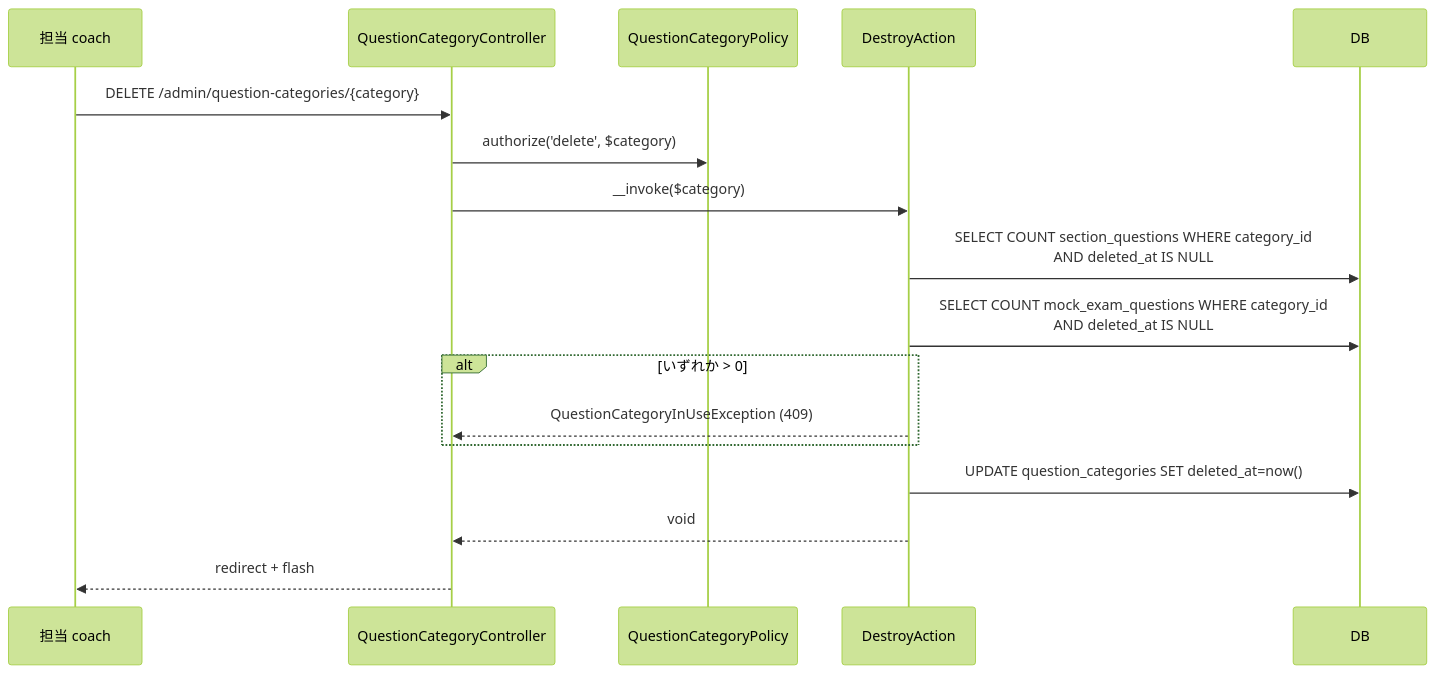
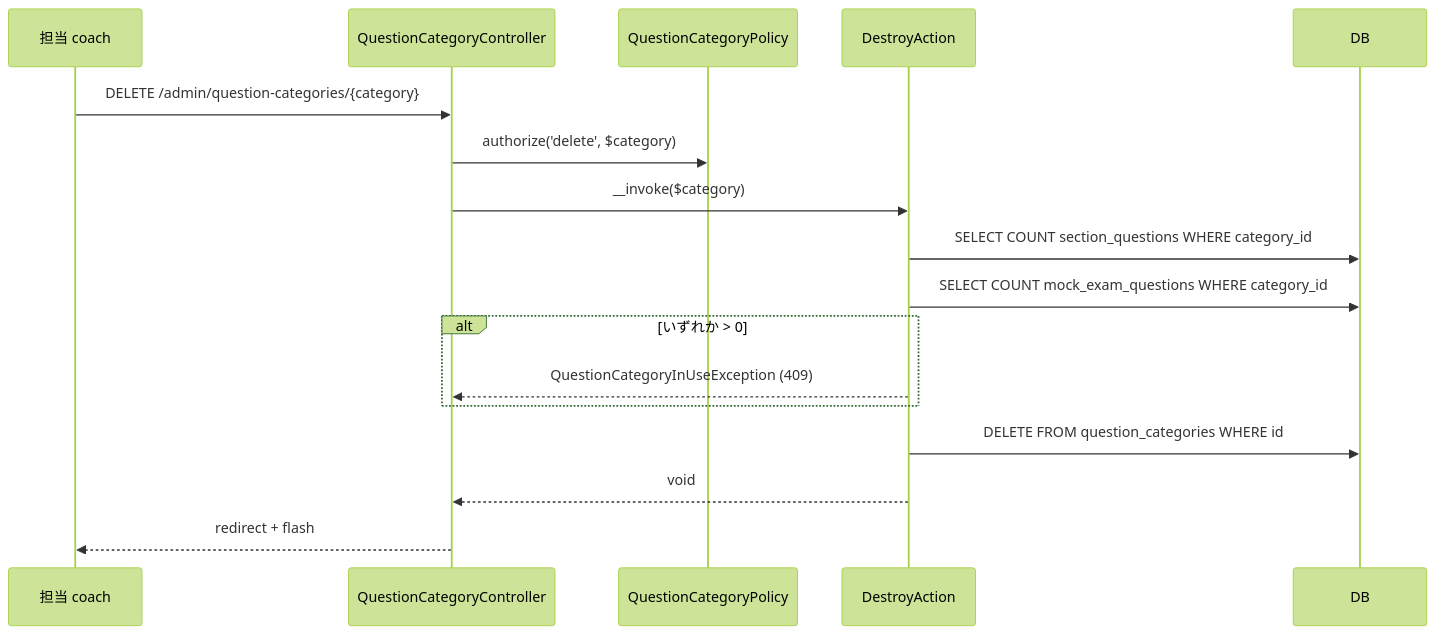
The fifth of 9 diagrams in docs/specs/content-management/design.md (coachtech-mockcase-second/ExampleAnswer-mockcase-CertifyLMS), drawn with Mermaid (forest theme) before and after one commit. The commit also changed other lines of this file and 202 other files, not shown here.

````diff
--- a/docs/specs/content-management/design.md
+++ b/docs/specs/content-management/design.md
@@ -126,20 +126,20 @@
 ```mermaid
 sequenceDiagram
     participant Coach as 担当 coach
     participant QCC as QuestionCategoryController
     participant Pol as QuestionCategoryPolicy
     participant DA as DestroyAction
     participant DB as DB
 
     Coach->>QCC: DELETE /admin/question-categories/{category}
     QCC->>Pol: authorize('delete', $category)
     QCC->>DA: __invoke($category)
-    DA->>DB: SELECT COUNT section_questions WHERE category_id<br/>AND deleted_at IS NULL
-    DA->>DB: SELECT COUNT mock_exam_questions WHERE category_id<br/>AND deleted_at IS NULL
+    DA->>DB: SELECT COUNT section_questions WHERE category_id
+    DA->>DB: SELECT COUNT mock_exam_questions WHERE category_id
     alt いずれか > 0
         DA-->>QCC: QuestionCategoryInUseException (409)
     end
-    DA->>DB: UPDATE question_categories SET deleted_at=now()
+    DA->>DB: DELETE FROM question_categories WHERE id
     DA-->>QCC: void
     QCC-->>Coach: redirect + flash
 ```
````
